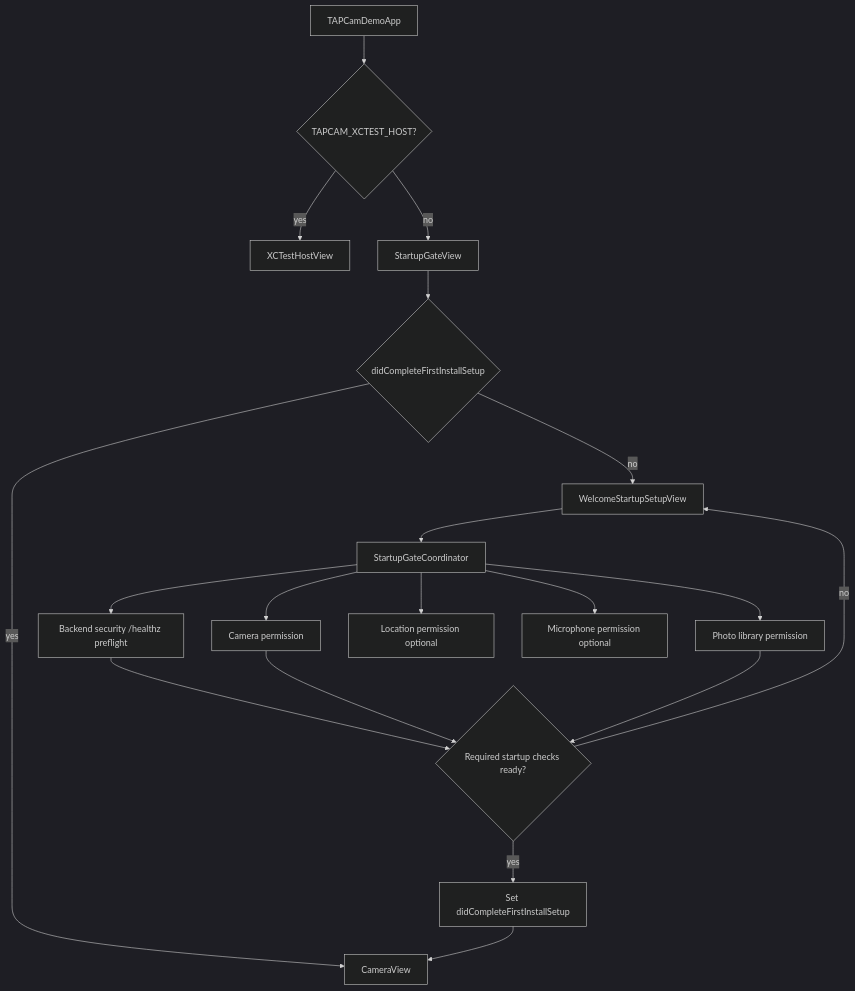
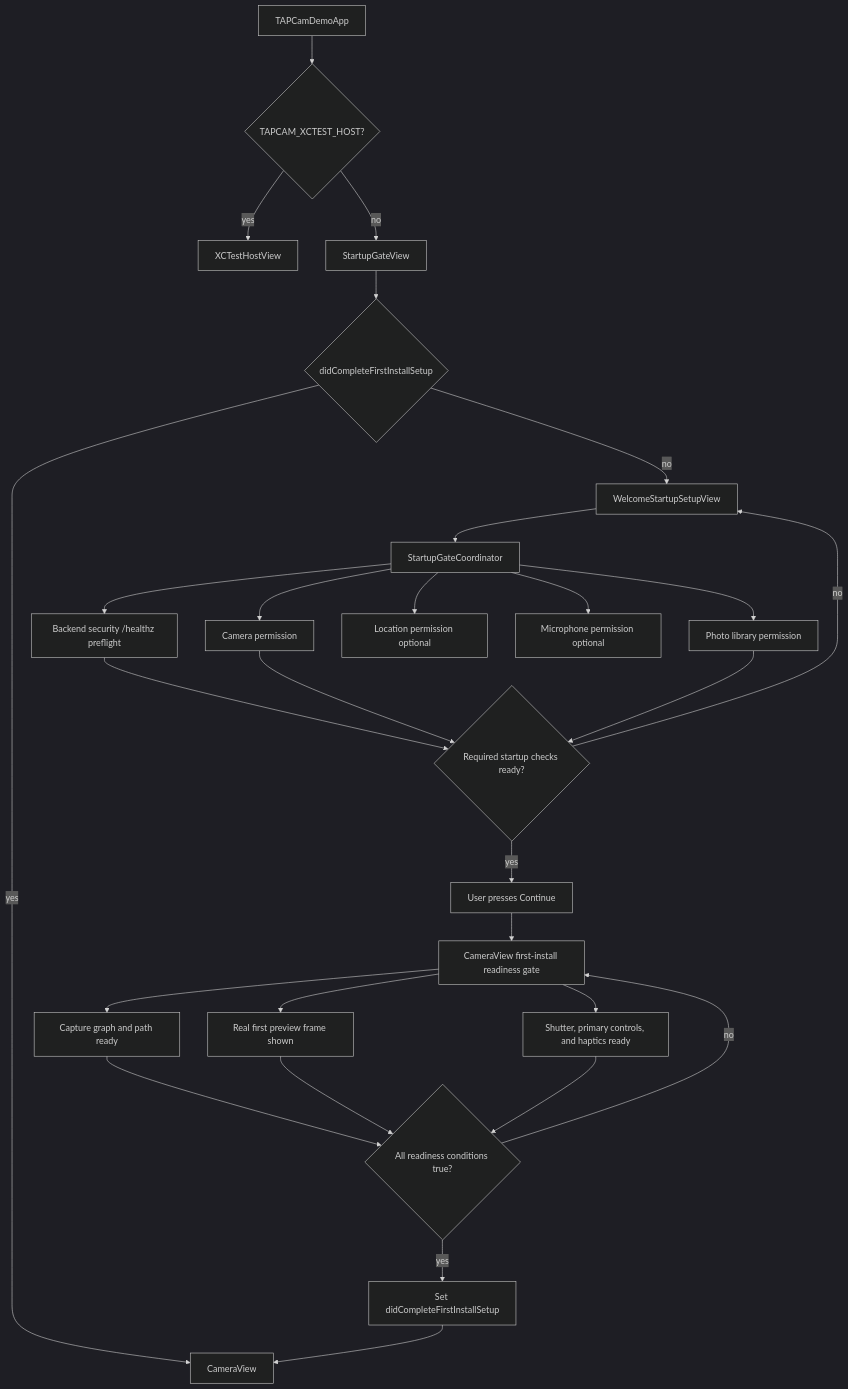
Before and after one commit to TAP-NAP/TAPCamDemo: the first of 2 diagrams in TAPCamDemo/App/README.md, drawn with Mermaid (dark theme). The commit also changed other lines of this file and 70 other files, not shown here.

````diff
--- a/TAPCamDemo/App/README.md
+++ b/TAPCamDemo/App/README.md
@@ -27,26 +33,35 @@
 ```mermaid
 flowchart TD
     App["TAPCamDemoApp"] --> Test{"TAPCAM_XCTEST_HOST?"}
     Test -- "yes" --> Host["XCTestHostView"]
     Test -- "no" --> Gate["StartupGateView"]
     Gate --> Done{"didCompleteFirstInstallSetup"}
     Done -- "yes" --> Camera["CameraView"]
     Done -- "no" --> Welcome["WelcomeStartupSetupView"]
     Welcome --> Coord["StartupGateCoordinator"]
     Coord --> Network["Backend security /healthz preflight"]
     Coord --> CameraPerm["Camera permission"]
     Coord --> PhotosPerm["Photo library permission"]
     Coord --> LocationPerm["Location permission optional"]
     Coord --> MicrophonePerm["Microphone permission optional"]
     Network --> Required{"Required startup checks ready?"}
     CameraPerm --> Required
     PhotosPerm --> Required
     Required -- "no" --> Welcome
-    Required -- "yes" --> Store["Set didCompleteFirstInstallSetup"]
+    Required -- "yes" --> Continue["User presses Continue"]
+    Continue --> Readiness["CameraView first-install readiness gate"]
+    Readiness --> Graph["Capture graph and path ready"]
+    Readiness --> Preview["Real first preview frame shown"]
+    Readiness --> Interaction["Shutter, primary controls, and haptics ready"]
+    Graph --> Ready{"All readiness conditions true?"}
+    Preview --> Ready
+    Interaction --> Ready
+    Ready -- "no" --> Readiness
+    Ready -- "yes" --> Store["Set didCompleteFirstInstallSetup"]
     Store --> Camera
 
     click App "TAPCamDemoApp.swift"
     click Gate "StartupGateView.swift"
     click Welcome "WelcomeStartupSetupView.swift"
     click Coord "StartupGateCoordinator.swift"
 ```
````
